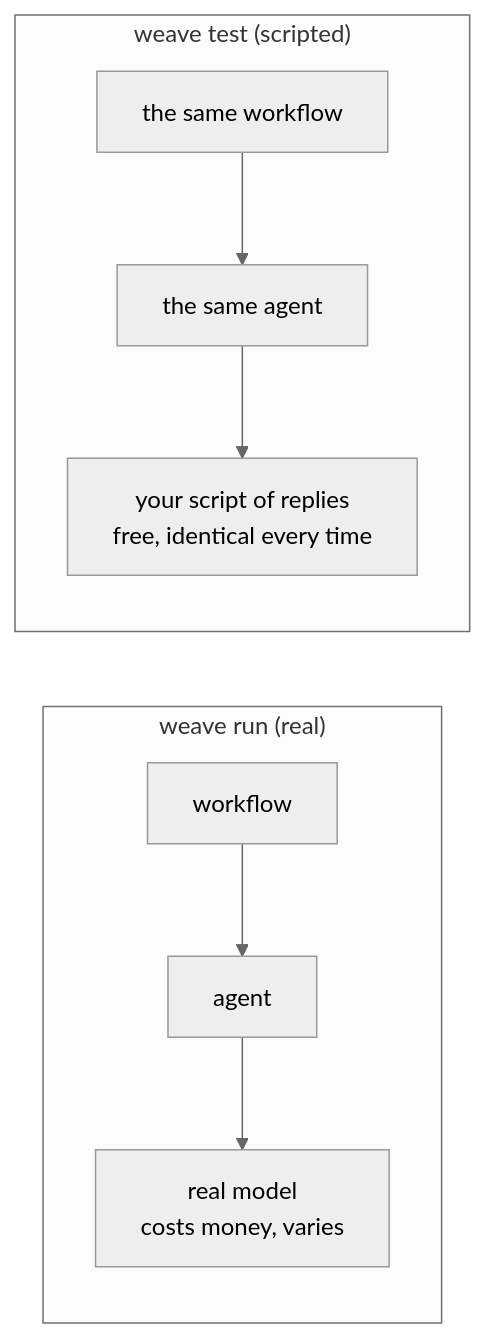
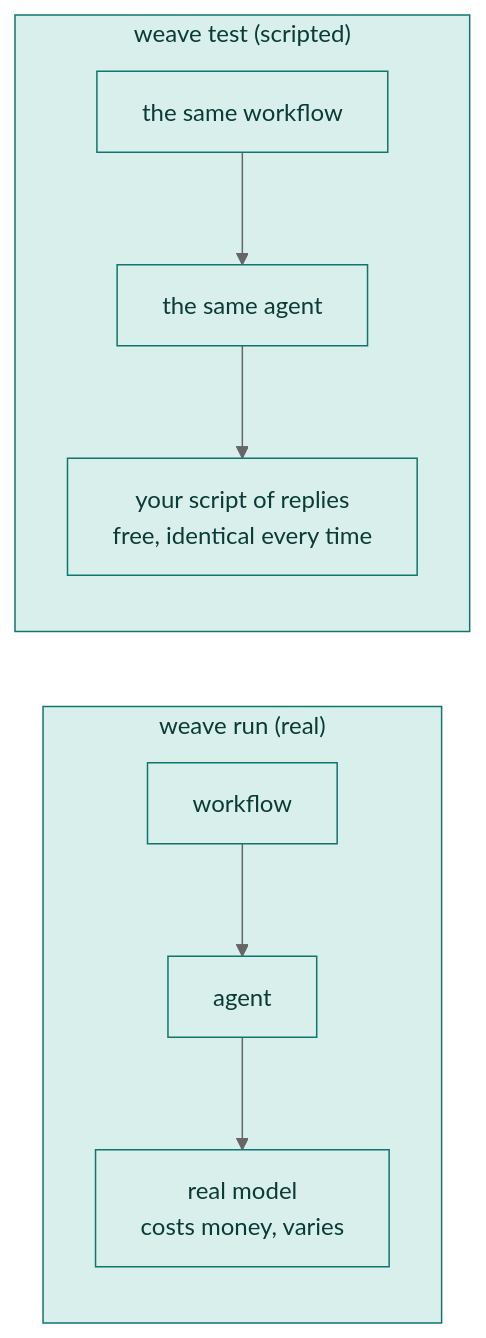
The second of 2 diagrams in docs/tutorial/10-testing.md (srijithunni7182/llm4j), drawn with Mermaid (neutral theme) before and after one commit. The commit also changed other lines of this file and 13 other files, not shown here.

First line of the commit message:
docs: give the tutorial's diagrams meaningful colours

````diff
--- a/docs/tutorial/10-testing.md
+++ b/docs/tutorial/10-testing.md
@@ -64,9 +66,11 @@
 ```mermaid
 flowchart LR
   subgraph Real["weave run (real)"]
     W1["workflow"] --> A1["agent"] --> M1["real model<br/>costs money, varies"]
   end
   subgraph Test["weave test (scripted)"]
     W2["the same workflow"] --> A2["the same agent"] --> M2["your script of replies<br/>free, identical every time"]
   end
+  classDef step fill:#d9efec,stroke:#0f766e,color:#0b3b37
+  class Real,W1,A1,M1,Test,W2,A2,M2 step
 ```
````
